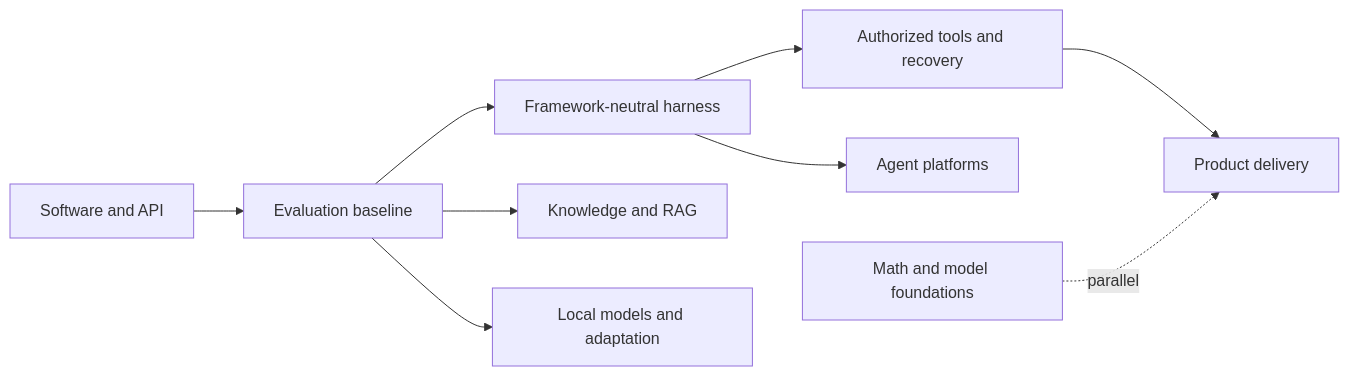
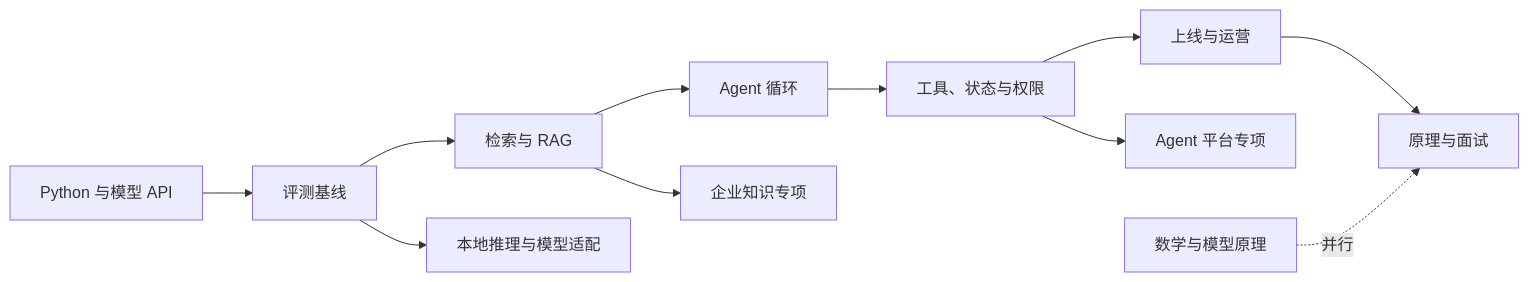
One commit to Yanyi-He/ai-engineer-roadmap changed the diagram in docs/zh/dependency-order.md. Above: the diagram before and after it, drawn with Mermaid. The commit also changed other lines of this file and 113 other files, not shown here.

````diff
--- a/docs/zh/dependency-order.md
+++ b/docs/zh/dependency-order.md
@@ -5,11 +5,13 @@
 ```mermaid
 flowchart LR
-  A[Software and API] --> B[Evaluation baseline]
-  B --> C[Framework-neutral harness]
-  C --> D[Authorized tools and recovery]
-  D --> E[Product delivery]
-  B --> F[Knowledge and RAG]
-  C --> G[Agent platforms]
-  B --> H[Local models and adaptation]
-  I[Math and model foundations] -. parallel .-> E
+  A[Python 与模型 API] --> B[评测基线]
+  B --> R[检索与 RAG]
+  R --> C[Agent 循环]
+  C --> D[工具、状态与权限]
+  D --> E[上线与运营]
+  E --> P[原理与面试]
+  R --> F[企业知识专项]
+  D --> G[Agent 平台专项]
+  B --> H[本地推理与模型适配]
+  I[数学与模型原理] -. 并行 .-> P
 ```
````
